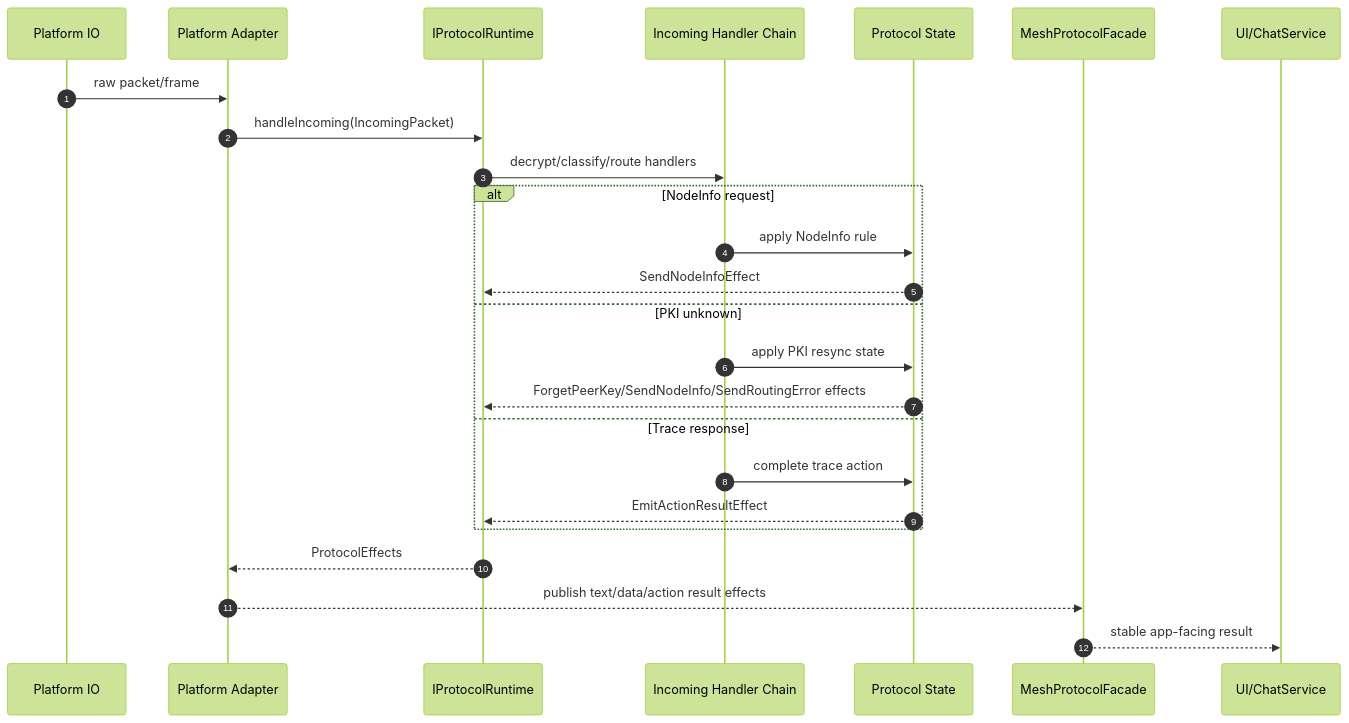
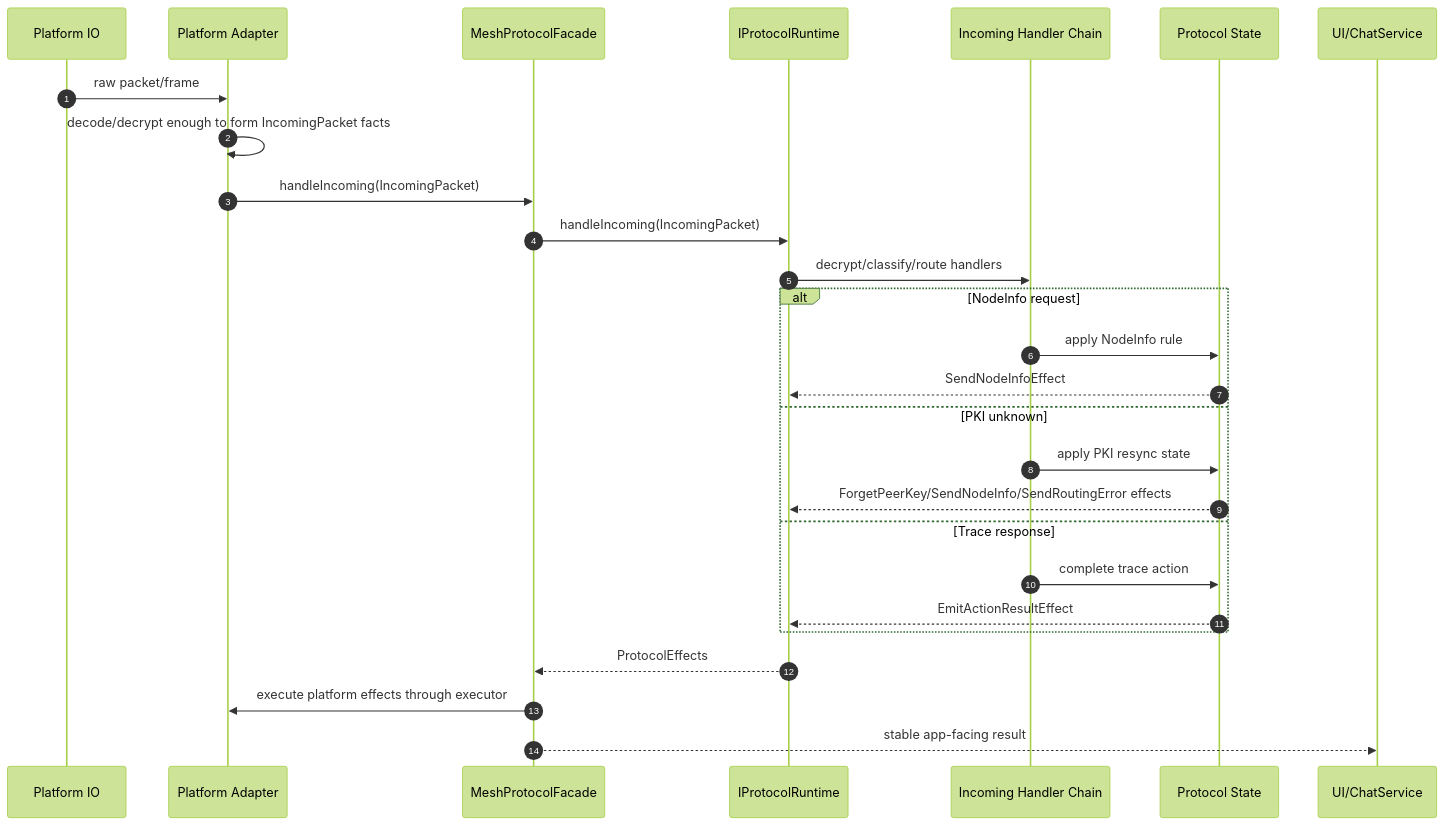
One commit to DinaTzi/trail-mate changed the fourth of 6 diagrams in docs/specification/PROTOCOL_RUNTIME_DESIGN_SPEC.md. Above: the diagram before and after it, drawn with Mermaid (forest theme). The commit also changed other lines of this file, not shown here.

Commit message:
docs(protocol): require facade boundary in runtime spec

````diff
--- a/docs/specification/PROTOCOL_RUNTIME_DESIGN_SPEC.md
+++ b/docs/specification/PROTOCOL_RUNTIME_DESIGN_SPEC.md
@@ -275,28 +416,30 @@
 ```mermaid
 sequenceDiagram
     autonumber
     participant Platform as Platform IO
-    participant Executor as Platform Adapter
+    participant Adapter as Platform Adapter
+    participant Facade as MeshProtocolFacade
     participant Runtime as IProtocolRuntime
     participant Chain as Incoming Handler Chain
     participant State as Protocol State
-    participant Facade as MeshProtocolFacade
     participant UI as UI/ChatService
 
-    Platform->>Executor: raw packet/frame
-    Executor->>Runtime: handleIncoming(IncomingPacket)
+    Platform->>Adapter: raw packet/frame
+    Adapter->>Adapter: decode/decrypt enough to form IncomingPacket facts
+    Adapter->>Facade: handleIncoming(IncomingPacket)
+    Facade->>Runtime: handleIncoming(IncomingPacket)
     Runtime->>Chain: decrypt/classify/route handlers
     alt NodeInfo request
         Chain->>State: apply NodeInfo rule
         State-->>Runtime: SendNodeInfoEffect
     else PKI unknown
         Chain->>State: apply PKI resync state
         State-->>Runtime: ForgetPeerKey/SendNodeInfo/SendRoutingError effects
     else Trace response
         Chain->>State: complete trace action
         State-->>Runtime: EmitActionResultEffect
     end
-    Runtime-->>Executor: ProtocolEffects
-    Executor-->>Facade: publish text/data/action result effects
+    Runtime-->>Facade: ProtocolEffects
+    Facade->>Adapter: execute platform effects through executor
     Facade-->>UI: stable app-facing result
 ```
````
